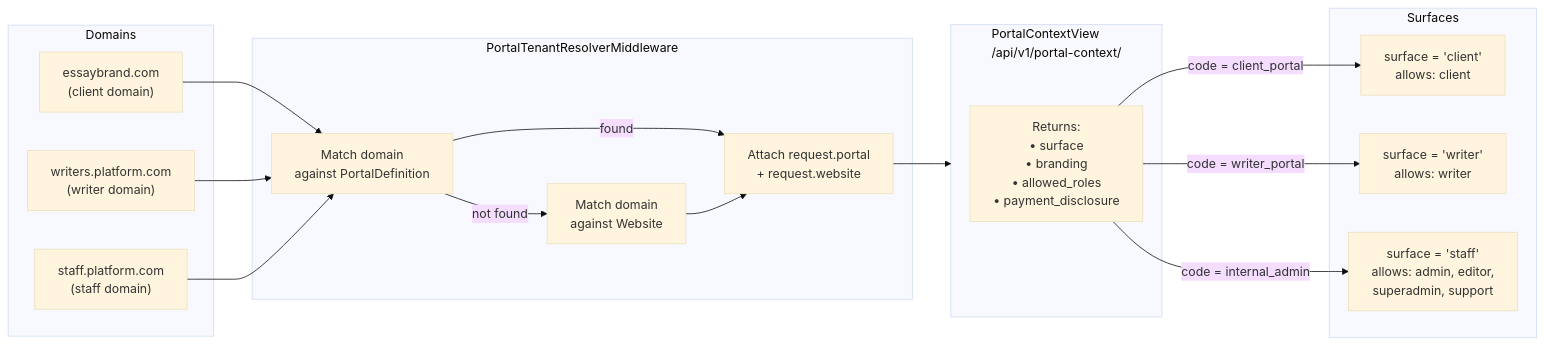
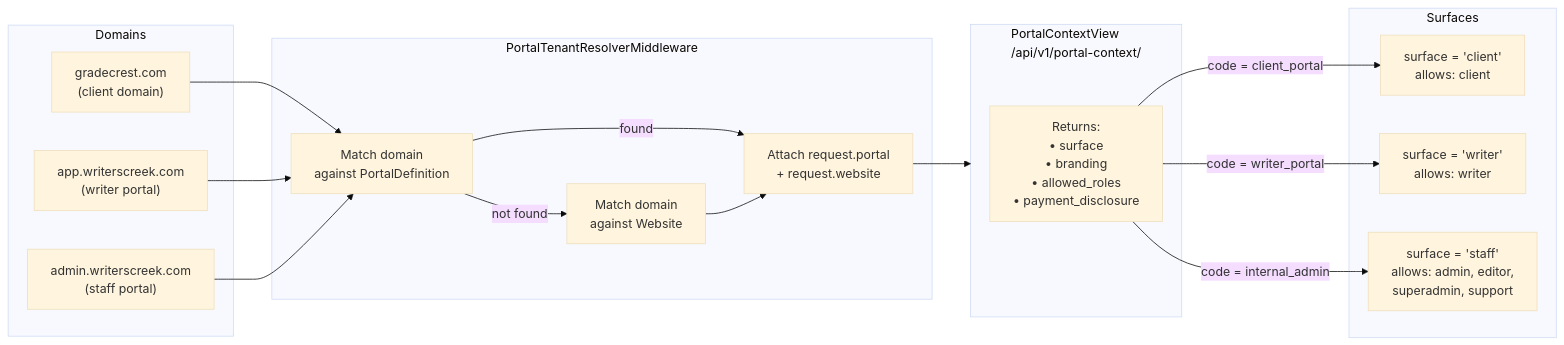
The second of 14 diagrams in docs/ARCHITECTURE.md (StuffMaster78/Acad-system-debug), drawn with Mermaid (base theme) before and after one commit. The commit also changed other lines of this file and 6 other files, not shown here.

First line of the commit message:
docs: update all docs for writerscreek-web, single-login-url, and domain split

````diff
--- a/docs/ARCHITECTURE.md
+++ b/docs/ARCHITECTURE.md
@@ -72,33 +72,33 @@
 ```mermaid
 flowchart LR
     subgraph Domains
-        D1["essaybrand.com\n(client domain)"]
-        D2["writers.platform.com\n(writer domain)"]
-        D3["staff.platform.com\n(staff domain)"]
+        D1["gradecrest.com\n(client domain)"]
+        D2["app.writerscreek.com\n(writer portal)"]
+        D3["admin.writerscreek.com\n(staff portal)"]
     end
 
     subgraph Middleware["PortalTenantResolverMiddleware"]
         MW1["Match domain\nagainst PortalDefinition"]
         MW2["Match domain\nagainst Website"]
         MW3["Attach request.portal\n+ request.website"]
     end
 
     subgraph PortalContext["PortalContextView\n/api/v1/portal-context/"]
         PC["Returns:\n• surface\n• branding\n• allowed_roles\n• payment_disclosure"]
     end
 
     subgraph Surfaces
         SC[surface = 'client'\nallows: client]
         SW[surface = 'writer'\nallows: writer]
         SS[surface = 'staff'\nallows: admin, editor,\nsuperadmin, support]
     end
 
     D1 & D2 & D3 --> MW1
     MW1 -->|found| MW3
     MW1 -->|not found| MW2
     MW2 --> MW3
     MW3 --> PortalContext
     PC -->|code = client_portal| SC
     PC -->|code = writer_portal| SW
     PC -->|code = internal_admin| SS
 ```
````
